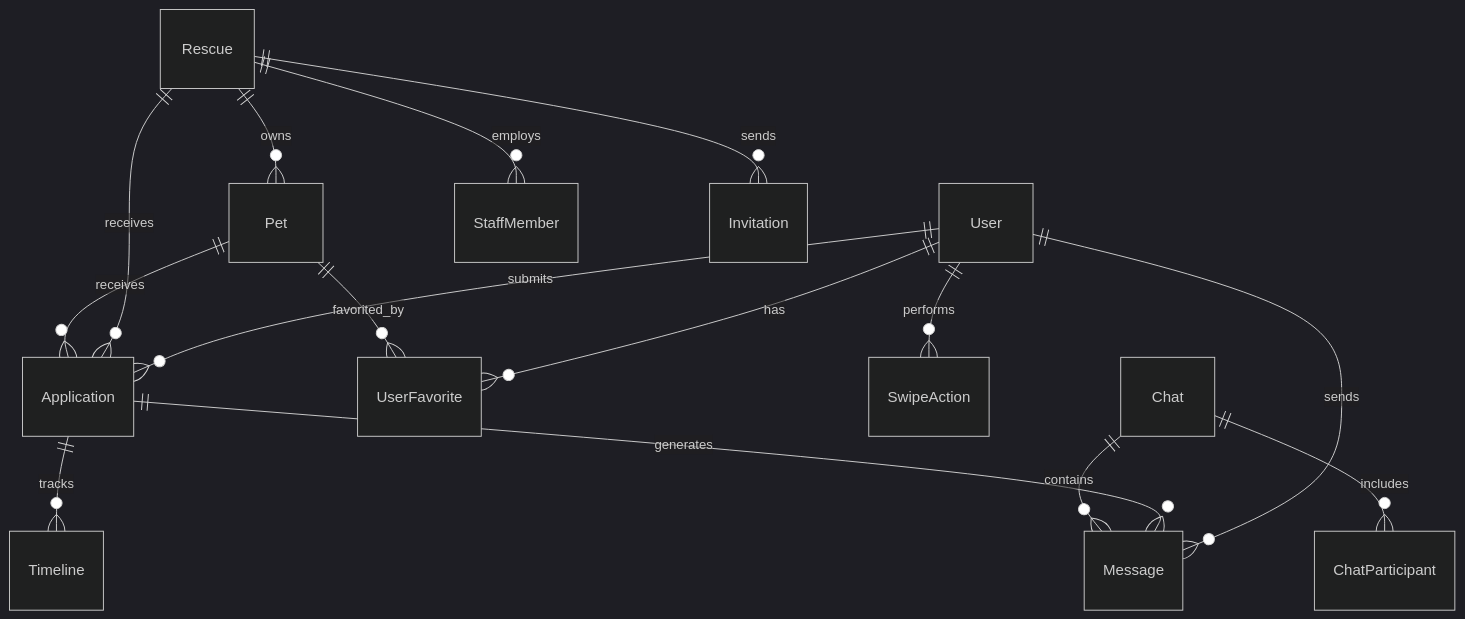
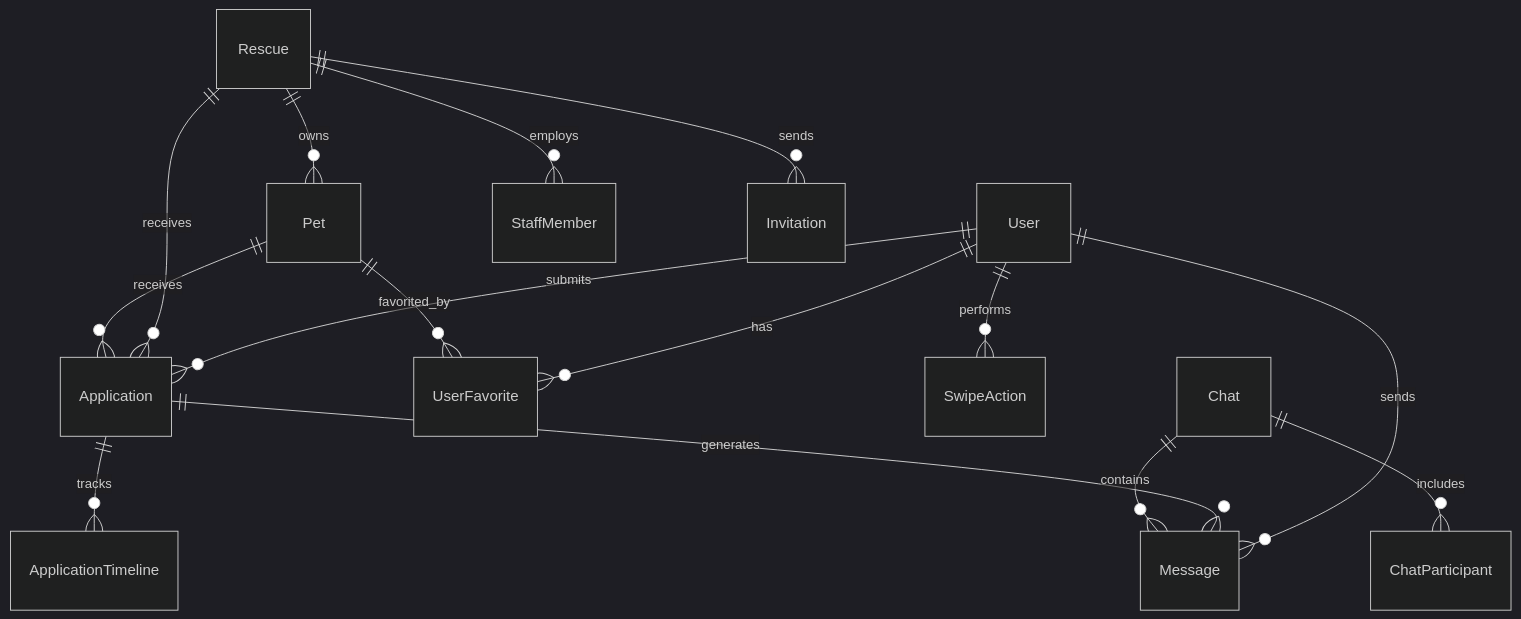
One commit to ideaSquared/adopt-dont-shop changed the diagram in docs/backend/database-schema.md. Above: the diagram before and after it, drawn with Mermaid (dark theme). The commit also changed other lines of this file and 8 other files, not shown here.

````diff
--- a/docs/backend/database-schema.md
+++ b/docs/backend/database-schema.md
@@ -9,21 +9,21 @@
 ```mermaid
 erDiagram
     User ||--o{ Application : submits
     User ||--o{ Message : sends
     User ||--o{ UserFavorite : has
     User ||--o{ SwipeAction : performs
 
     Rescue ||--o{ Pet : owns
     Rescue ||--o{ StaffMember : employs
     Rescue ||--o{ Application : receives
     Rescue ||--o{ Invitation : sends
 
     Pet ||--o{ Application : receives
     Pet ||--o{ UserFavorite : favorited_by
 
-    Application ||--o{ Timeline : tracks
+    Application ||--o{ ApplicationTimeline : tracks
     Application ||--o{ Message : generates
 
     Chat ||--o{ Message : contains
     Chat ||--o{ ChatParticipant : includes
 ```
````
